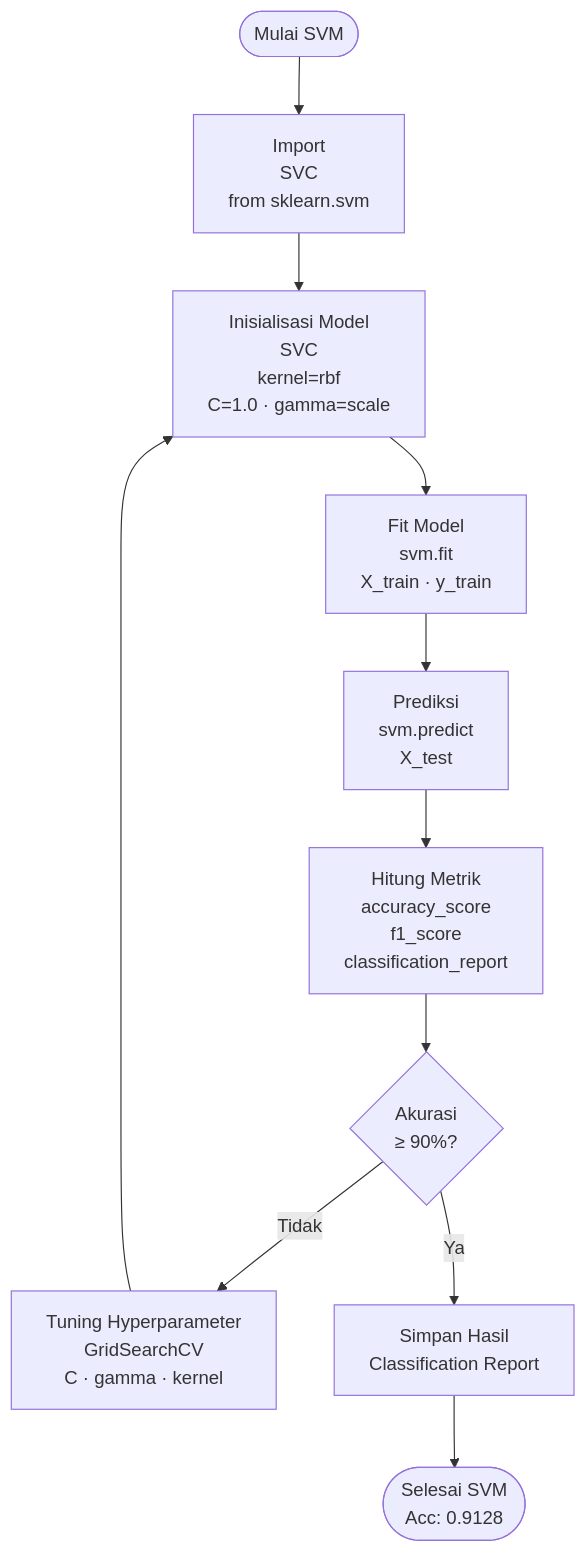
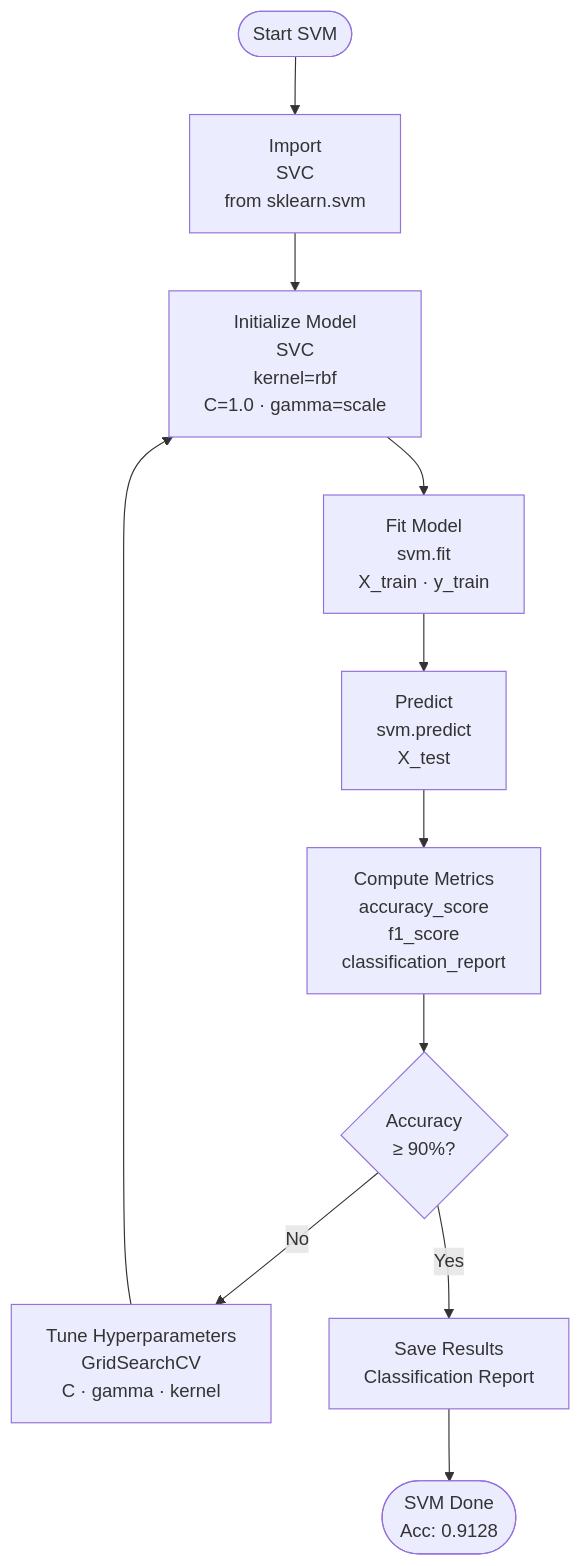
Before and after one commit to izzaalfiansyah/shabrinas-journal: the fourth of 7 diagrams in doc/flowchart.md, drawn with Mermaid. The commit also changed other lines of this file, not shown here.

Commit message:
chore(doc): update flowchart in English Language

````diff
--- a/doc/flowchart.md
+++ b/doc/flowchart.md
@@ -73,13 +73,13 @@
 ```mermaid
 flowchart TD
-    A([Mulai SVM]) --> B[Import\nSVC\nfrom sklearn.svm]
-    B --> C[Inisialisasi Model\nSVC\nkernel=rbf\nC=1.0 · gamma=scale]
+    A([Start SVM]) --> B[Import\nSVC\nfrom sklearn.svm]
+    B --> C[Initialize Model\nSVC\nkernel=rbf\nC=1.0 · gamma=scale]
     C --> D[Fit Model\nsvm.fit\nX_train · y_train]
-    D --> E[Prediksi\nsvm.predict\nX_test]
-    E --> F[Hitung Metrik\naccuracy_score\nf1_score\nclassification_report]
-    F --> G{Akurasi\n≥ 90%?}
-    G -- Tidak --> H[Tuning Hyperparameter\nGridSearchCV\nC · gamma · kernel]
+    D --> E[Predict\nsvm.predict\nX_test]
+    E --> F[Compute Metrics\naccuracy_score\nf1_score\nclassification_report]
+    F --> G{Accuracy\n≥ 90%?}
+    G -- No --> H[Tune Hyperparameters\nGridSearchCV\nC · gamma · kernel]
     H --> C
-    G -- Ya --> I[Simpan Hasil\nClassification Report]
-    I --> J([Selesai SVM\nAcc: 0.9128])
+    G -- Yes --> I[Save Results\nClassification Report]
+    I --> J([SVM Done\nAcc: 0.9128])
 ```
````
